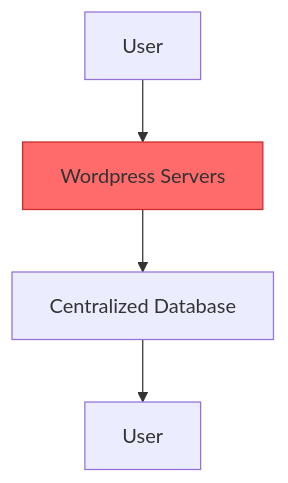
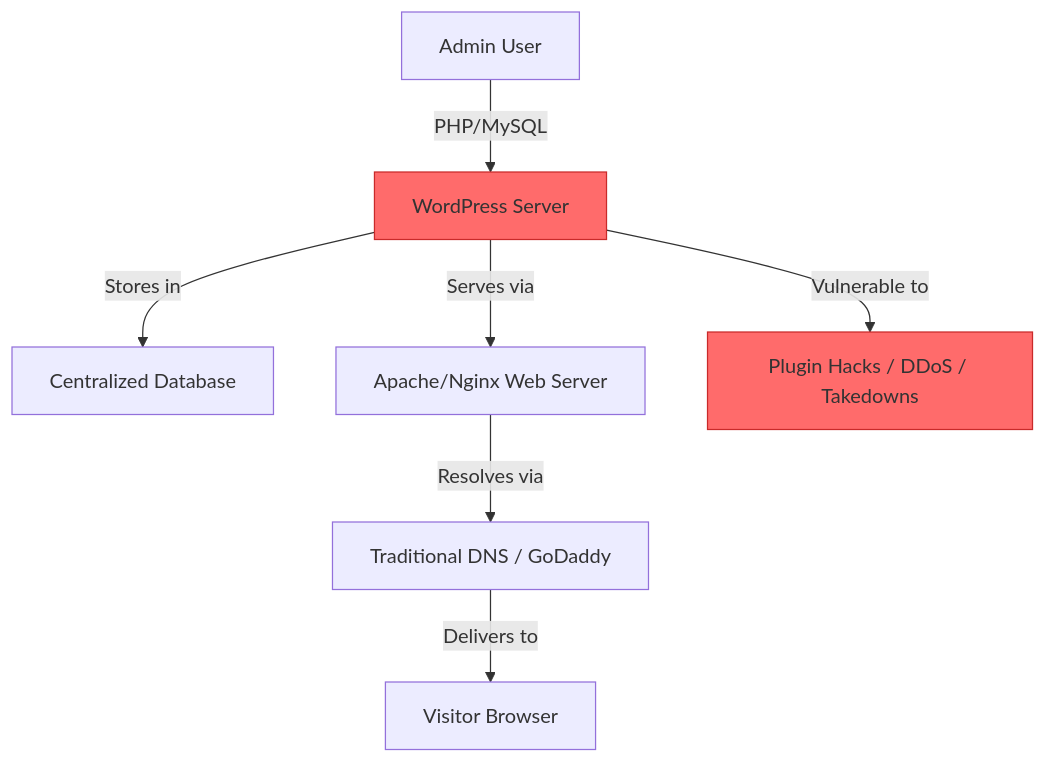
Before and after one commit to Elvatar2/Web2-To-Web3-Migration-Guide: the first of 2 diagrams in 04-publishing/03-wordpress-to-decentralized-cms.md, drawn with Mermaid. The commit also changed other lines of this file, not shown here.

````diff
--- a/04-publishing/03-wordpress-to-decentralized-cms.md
+++ b/04-publishing/03-wordpress-to-decentralized-cms.md
@@ -52,8 +63,12 @@
 ```mermaid
 graph TB
-    A[User] --> B[Wordpress Servers]
-    B --> C[Centralized Database]
-    C --> D[User]
+    A[Admin User] -->|PHP/MySQL| B[WordPress Server]
+    B -->|Stores in| C[Centralized Database]
+    B -->|Serves via| D[Apache/Nginx Web Server]
+    D -->|Resolves via| E[Traditional DNS / GoDaddy]
+    E -->|Delivers to| F[Visitor Browser]
+    B -->|Vulnerable to| G[Plugin Hacks / DDoS / Takedowns]
 
     style B fill:#ff6b6b,stroke:#c92a2a
+    style G fill:#ff6b6b,stroke:#c92a2a
 ```
````
